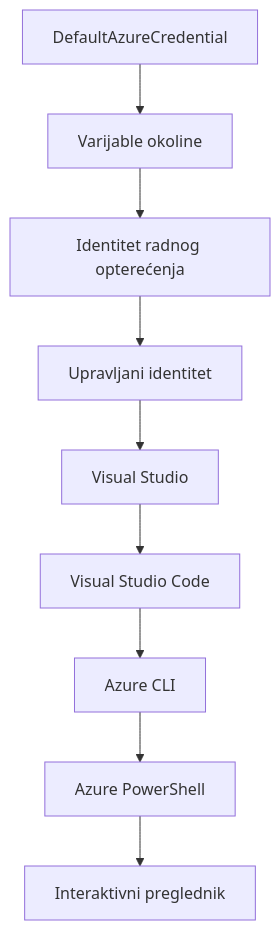
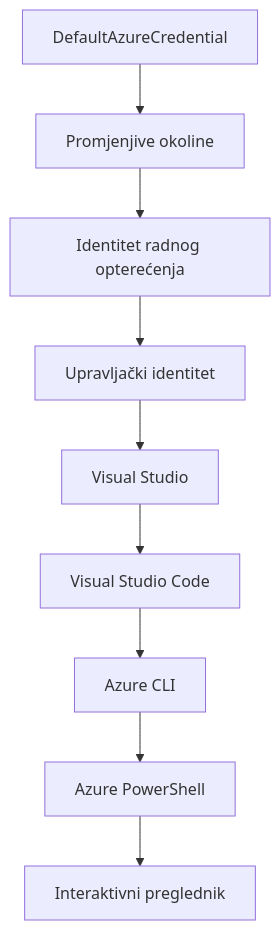
Before and after one commit to microsoft/AZD-for-beginners: the second of 2 diagrams in translations/hr/docs/chapter-01-foundation/azd-basics.md, drawn with Mermaid. The commit also changed other lines of this file and 104 other files, not shown here.

````diff
--- a/translations/hr/docs/chapter-01-foundation/azd-basics.md
+++ b/translations/hr/docs/chapter-01-foundation/azd-basics.md
@@ -592,11 +609,11 @@
 ```mermaid
 graph TD
-    A[DefaultAzureCredential] --> B[Varijable okoline]
+    A[DefaultAzureCredential] --> B[Promjenjive okoline]
     B --> C[Identitet radnog opterećenja]
-    C --> D[Upravljani identitet]
+    C --> D[Upravljački identitet]
     D --> E[Visual Studio]
     E --> F[Visual Studio Code]
     F --> G[Azure CLI]
     G --> H[Azure PowerShell]
     H --> I[Interaktivni preglednik]
-```  
+```
````
